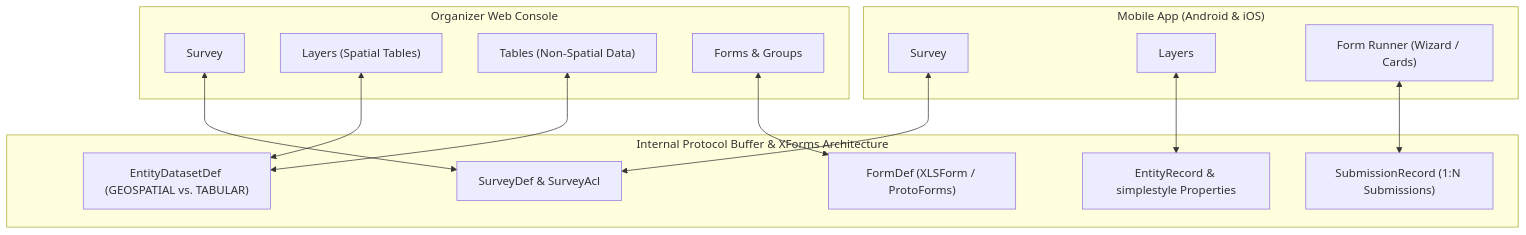
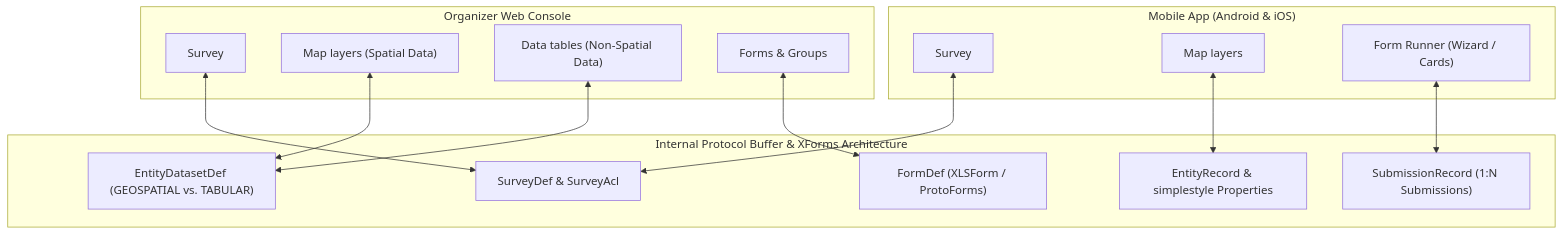
The diagram in baobab/docs/product/terminology.md (google/ground-platform), drawn with Mermaid before and after one commit. The commit also changed other lines of this file and 18 other files, not shown here.

````diff
--- a/baobab/docs/product/terminology.md
+++ b/baobab/docs/product/terminology.md
@@ -34,31 +26,31 @@
 ```mermaid
 flowchart TD
     subgraph UI_Console["Organizer Web Console"]
         U_Surv["Survey"]
-        U_Lay["Layers (Spatial Tables)"]
-        U_Tab["Tables (Non-Spatial Data)"]
+        U_Lay["Map layers (Spatial Data)"]
+        U_Tab["Data tables (Non-Spatial Data)"]
         U_Form["Forms & Groups"]
     end
 
     subgraph UI_Mobile["Mobile App (Android & iOS)"]
         M_Surv["Survey"]
-        M_Lay["Layers"]
+        M_Lay["Map layers"]
         M_Form["Form Runner (Wizard / Cards)"]
     end
 
     subgraph Internal_Model["Internal Protocol Buffer & XForms Architecture"]
         P_Surv["SurveyDef & SurveyAcl"]
         P_Ent["EntityDatasetDef (GEOSPATIAL vs. TABULAR)"]
         P_Rec["EntityRecord & simplestyle Properties"]
         P_Form["FormDef (XLSForm / ProtoForms)"]
         P_Sub["SubmissionRecord (1:N Submissions)"]
     end
 
     U_Surv <--> P_Surv
     M_Surv <--> P_Surv
     U_Lay <--> P_Ent
     M_Lay <--> P_Rec
     U_Tab <--> P_Ent
     U_Form <--> P_Form
     M_Form <--> P_Sub
 ```
````
